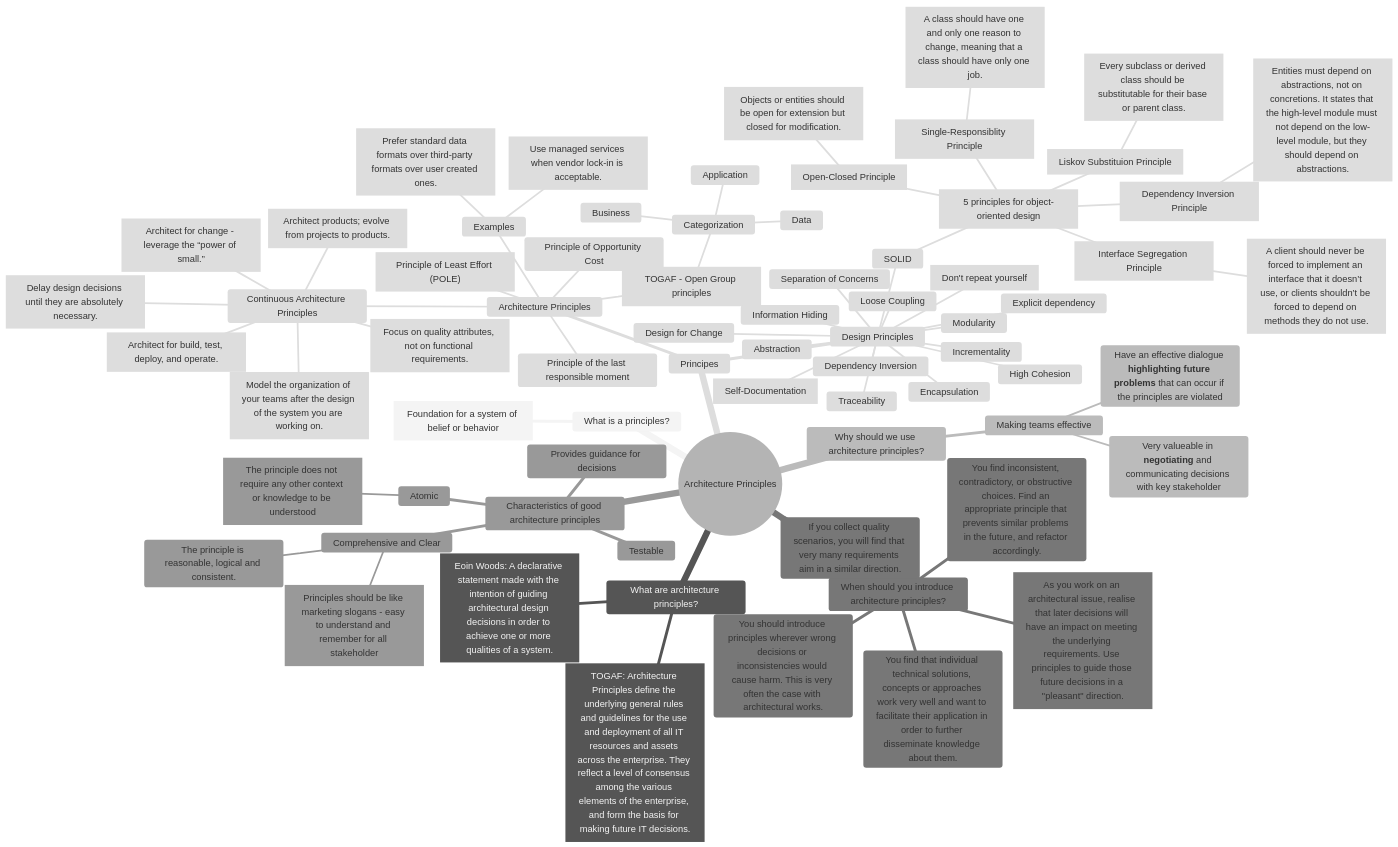
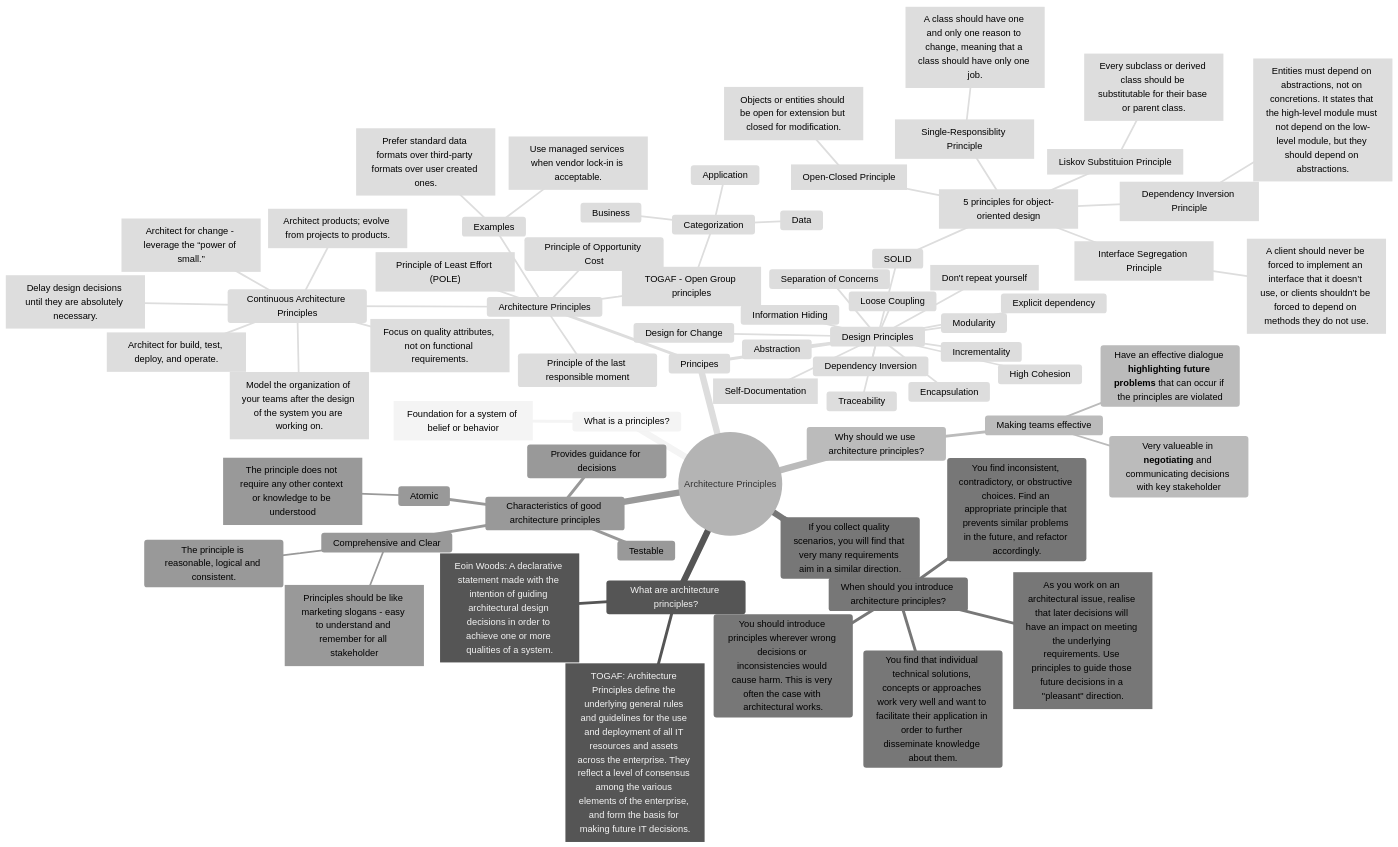
The diagram in README.md (bitsmuggler/software-architecture-principles), drawn with Mermaid before and after one commit.

````diff
--- a/README.md
+++ b/README.md
@@ -5,75 +5,75 @@
 ```mermaid
-%%{init: {'theme': 'neutral' } }%%
+%%{init: {'theme': 'neutral', 'themeVariables': {'darkMode': true}, "flowchart" : { "curve" : "basis" } } }%%
 mindmap
   root((Architecture Principles))
     What is a principles?
         ["Foundation for a system of belief or behavior"]
     What are architecture principles?
         ["Eoin Woods: A declarative statement made with the intention of guiding architectural design decisions in order to achieve one or more qualities of a system."]
         ["TOGAF: Architecture Principles define the underlying general rules and guidelines for the use and deployment of all IT resources and assets across the enterprise. They reflect a level of consensus among the various elements of the enterprise, and form the basis for making future IT decisions."]
     Why should we use architecture principles?
         Making teams effective
             Very valueable in **negotiating** and communicating decisions with key stakeholder
             Have an effective dialogue **highlighting future problems** that can occur if the principles are violated
     When should you introduce architecture principles?
         You should introduce principles wherever wrong decisions or inconsistencies would cause harm. This is very often the case with architectural works.
         You find that individual technical solutions, concepts or approaches work very well and want to facilitate their application in order to further disseminate knowledge about them.
         You find inconsistent, contradictory, or obstructive choices. Find an appropriate principle that prevents similar problems in the future, and refactor accordingly.
         If you collect quality scenarios, you will find that very many requirements aim in a similar direction.
         [As you work on an architectural issue, realise that later decisions will have an impact on meeting the underlying requirements. Use principles to guide those future decisions in a "pleasant" direction.]
     Characteristics of good architecture principles
         Comprehensive and Clear
             The principle is reasonable, logical and consistent.
             ["Principles should be like marketing slogans - easy to understand and remember for all stakeholder"]
         Provides guidance for decisions
         Testable
         Atomic
             ["The principle does not require any other context or knowledge to be understood"]    
     Principes
         Architecture Principles
             ["Principle of Least Effort (POLE)"]
             Principle of Opportunity Cost
             Principle of the last responsible moment
             [TOGAF - Open Group principles]
                 Categorization
                     Business
                     Data
                     Application
             Continuous Architecture Principles
                 [Architect products; evolve from projects to products.]
                 [Focus on quality attributes, not on functional requirements.]
                 [Delay design decisions until they are absolutely necessary.]
                 [Architect for change - leverage the “power of small.”]
                 [Architect for build, test, deploy, and operate.]
                 [Model the organization of your teams after the design of the system you are working on.]
             Examples
                 [Use managed services when vendor lock-in is acceptable.]
                 [Prefer standard data formats over third-party formats over user created ones.]
         Design Principles
             SOLID
                 [5 principles for object-oriented design]
                     [Single-Responsiblity Principle]
                         [A class should have one and only one reason to change, meaning that a class should have only one job.]
                     [Open-Closed Principle]
                         [Objects or entities should be open for extension but closed for modification.]
                     [Liskov Substituion Principle]
                         [Every subclass or derived class should be substitutable for their base or parent class.]
                     [Interface Segregation Principle]
                         [A client should never be forced to implement an interface that it doesn’t use, or clients shouldn’t be forced to depend on methods they do not use.]
                     [Dependency Inversion Principle]
                         [Entities must depend on abstractions, not on concretions. It states that the high-level module must not depend on the low-level module, but they should depend on abstractions.]
             Loose Coupling
             High Cohesion
             Design for Change
             Information Hiding
             Abstraction
             Modularity
             Traceability
             [Self-Documentation]
             Incrementality
             Separation of Concerns
             Encapsulation
             [Don't repeat yourself]
             Dependency Inversion
             Explicit dependency
 ```
````
